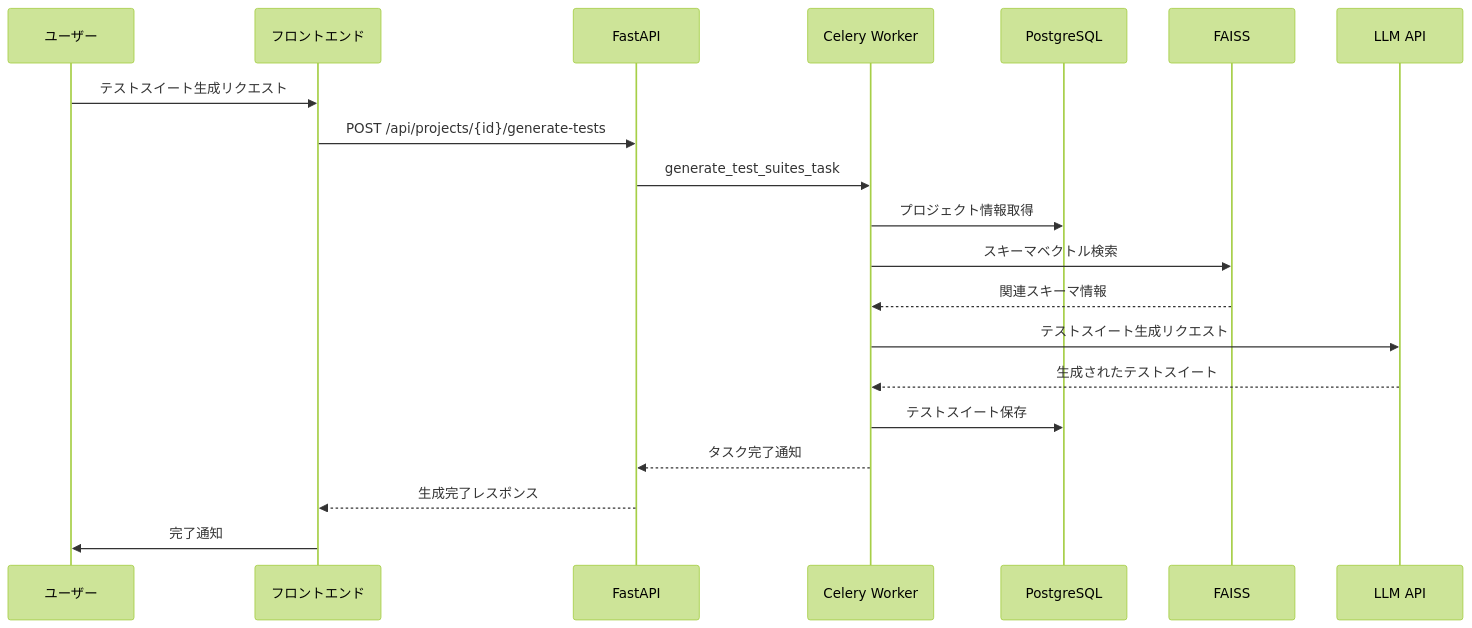
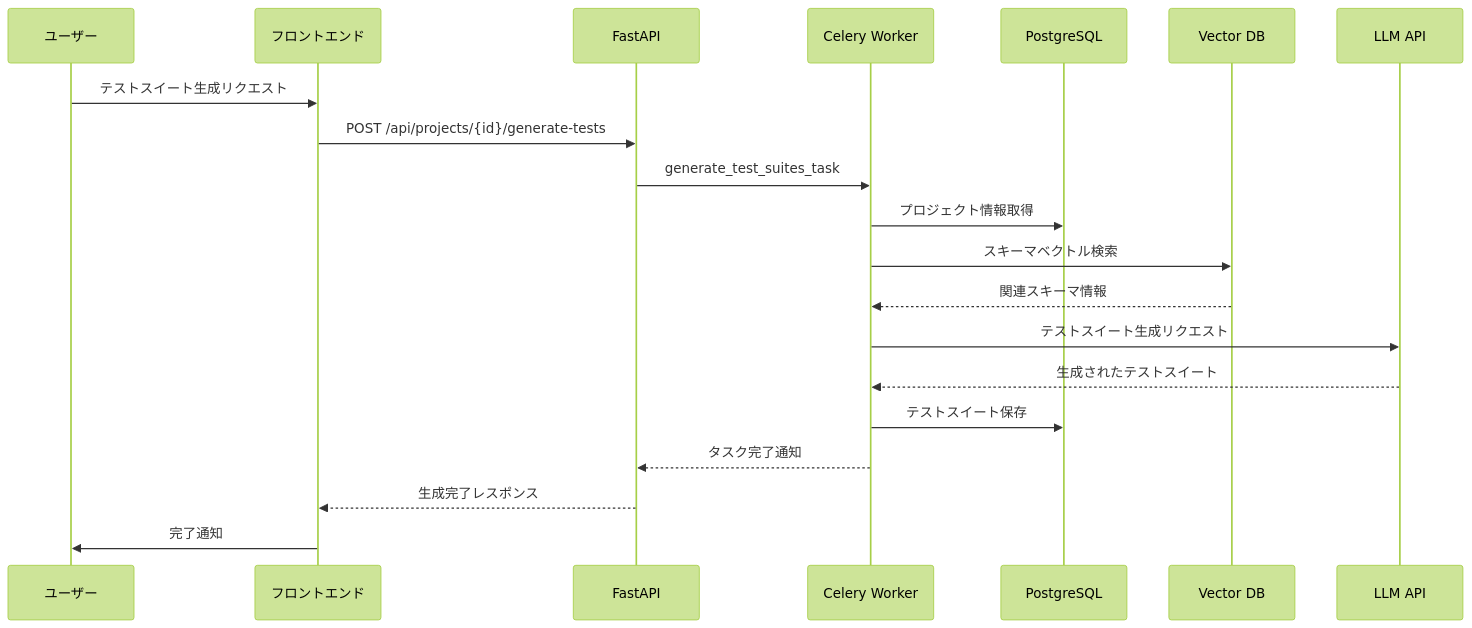
One commit to Pirikara/caseforge changed the second of 6 diagrams in ARCHITECTURE.md. Above: the diagram before and after it, drawn with Mermaid (forest theme). The commit also changed other lines of this file and 56 other files, not shown here.

````diff
--- a/ARCHITECTURE.md
+++ b/ARCHITECTURE.md
@@ -103,23 +149,23 @@
 ```mermaid
 sequenceDiagram
   participant User as ユーザー
   participant UI as フロントエンド
   participant API as FastAPI
   participant Worker as Celery Worker
   participant DB as PostgreSQL
-  participant Vector as FAISS
+  participant Vector as Vector DB
   participant LLM as LLM API
 
   User->>UI: テストスイート生成リクエスト
   UI->>API: POST /api/projects/{id}/generate-tests
   API->>Worker: generate_test_suites_task
   Worker->>DB: プロジェクト情報取得
   Worker->>Vector: スキーマベクトル検索
   Vector-->>Worker: 関連スキーマ情報
   Worker->>LLM: テストスイート生成リクエスト
   LLM-->>Worker: 生成されたテストスイート
   Worker->>DB: テストスイート保存
   Worker-->>API: タスク完了通知
   API-->>UI: 生成完了レスポンス
   UI->>User: 完了通知
 ```
````
